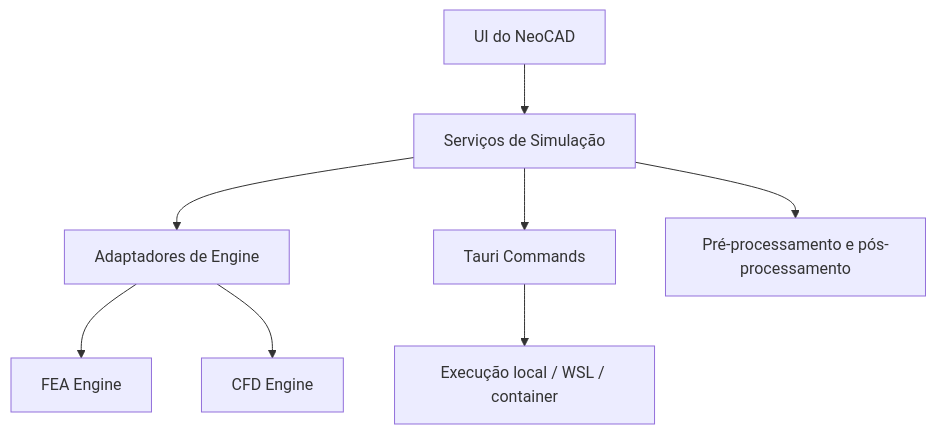
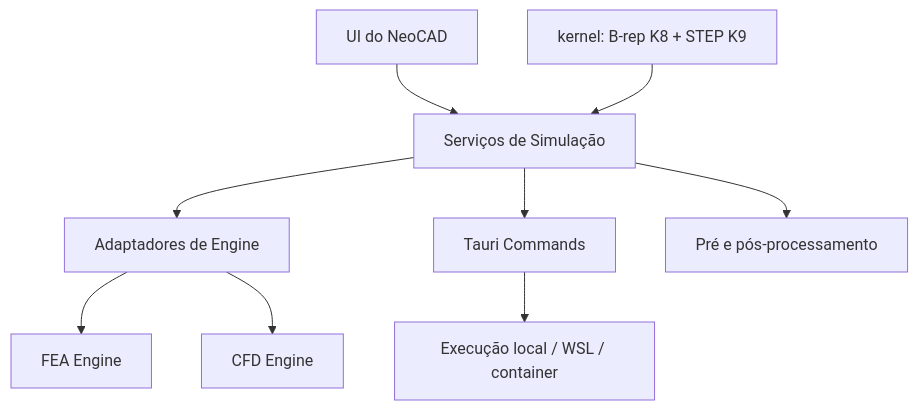
The diagram in docs/cad-panels-commands-simulation-roadmap.md (psiagoleal/neocad), drawn with Mermaid before and after one commit. The commit also changed other lines of this file and 8 other files, not shown here.

````diff
--- a/docs/cad-panels-commands-simulation-roadmap.md
+++ b/docs/cad-panels-commands-simulation-roadmap.md
@@ -331,10 +256,11 @@
 ```mermaid
 graph TD
   A[UI do NeoCAD] --> B[Serviços de Simulação]
   B --> C[Adaptadores de Engine]
   C --> D[FEA Engine]
   C --> E[CFD Engine]
   B --> F[Tauri Commands]
   F --> G[Execução local / WSL / container]
-  B --> H[Pré-processamento e pós-processamento]
+  B --> H[Pré e pós-processamento]
+  I[kernel: B-rep K8 + STEP K9] --> B
 ```
````
